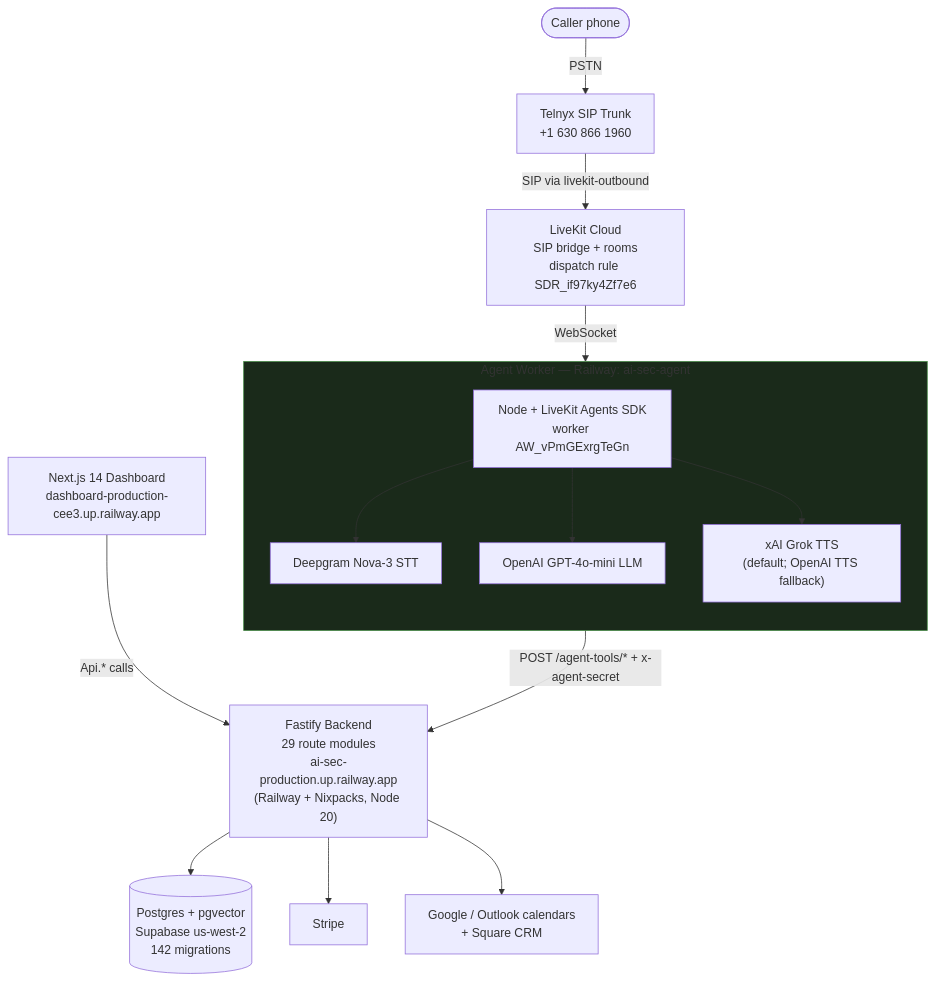
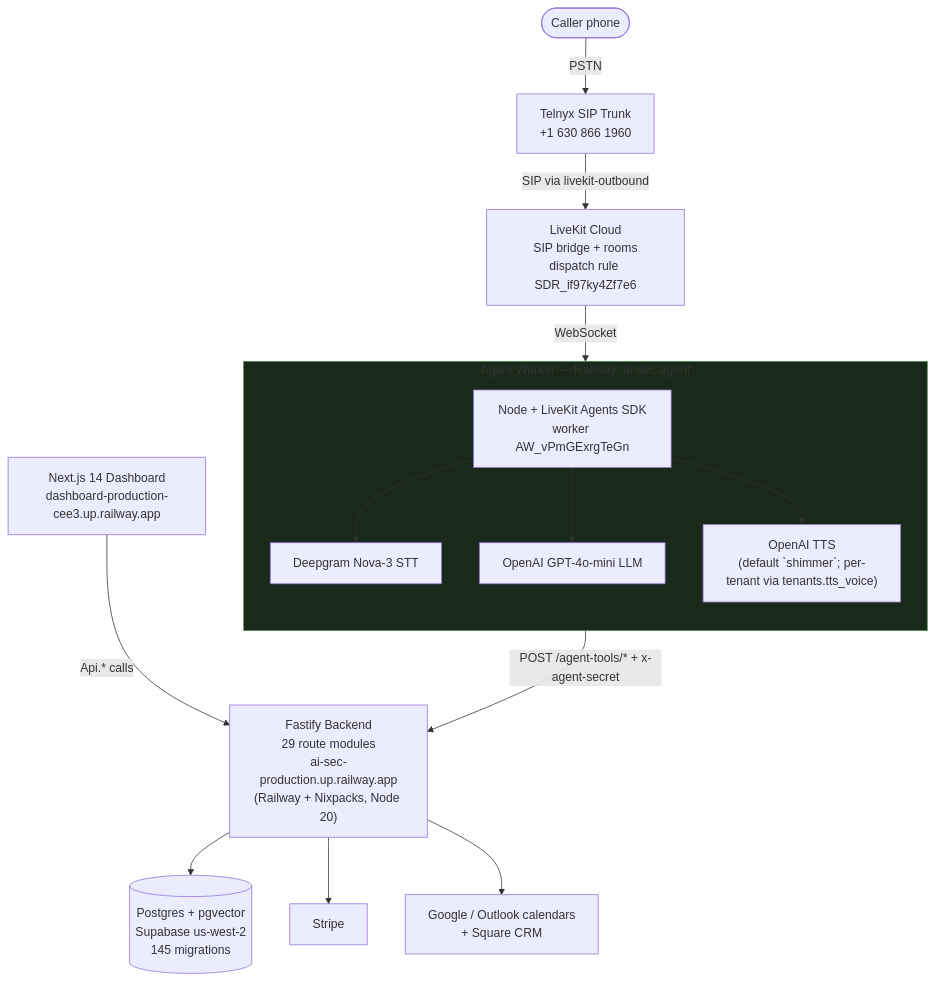
One commit to ddemott/ai-sec changed the first of 11 diagrams in docs/DIAGRAMS.md. Above: the diagram before and after it, drawn with Mermaid. The commit also changed other lines of this file and 26 other files, not shown here.

First line of the commit message:
docs: voice agent playbook + sync md/diagrams to OpenAI-TTS state & correct counts (#111)

````diff
--- a/docs/DIAGRAMS.md
+++ b/docs/DIAGRAMS.md
@@ -27,37 +27,37 @@
 ```mermaid
 flowchart TB
   Caller([Caller phone])
   Telnyx["Telnyx SIP Trunk<br/>+1 630 866 1960"]
   Caller -->|PSTN| Telnyx
 
   LiveKit["LiveKit Cloud<br/>SIP bridge + rooms<br/>dispatch rule SDR_if97ky4Zf7e6"]
   Telnyx -->|SIP via livekit-outbound| LiveKit
 
   subgraph agentBox["Agent Worker — Railway: ai-sec-agent"]
     direction TB
     Agent["Node + LiveKit Agents SDK<br/>worker AW_vPmGExrgTeGn"]
     DG["Deepgram Nova-3 STT"]
     OAI["OpenAI GPT-4o-mini LLM"]
-    TTS["xAI Grok TTS<br/>(default; OpenAI TTS fallback)"]
+    TTS["OpenAI TTS<br/>(default `shimmer`; per-tenant via tenants.tts_voice)"]
     Agent --> DG
     Agent --> OAI
     Agent --> TTS
   end
 
   LiveKit -->|WebSocket| Agent
 
   Fastify["Fastify Backend<br/>29 route modules<br/>ai-sec-production.up.railway.app<br/>(Railway + Nixpacks, Node 20)"]
   Agent -->|POST /agent-tools/* + x-agent-secret| Fastify
 
-  Postgres[("Postgres + pgvector<br/>Supabase us-west-2<br/>142 migrations")]
+  Postgres[("Postgres + pgvector<br/>Supabase us-west-2<br/>145 migrations")]
   Stripe["Stripe"]
   Integrations["Google / Outlook calendars<br/>+ Square CRM"]
   Dashboard["Next.js 14 Dashboard<br/>dashboard-production-cee3.up.railway.app"]
 
   Fastify --> Postgres
   Fastify --> Stripe
   Fastify --> Integrations
   Dashboard -->|Api.* calls| Fastify
 
   style agentBox fill:#1a2a1a,stroke:#484
 ```
````
